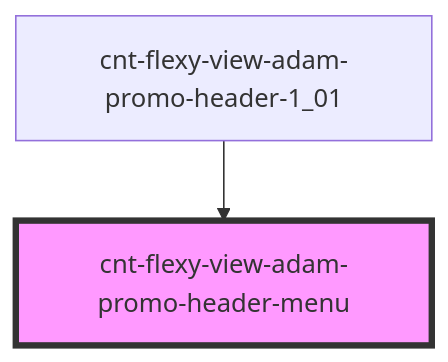
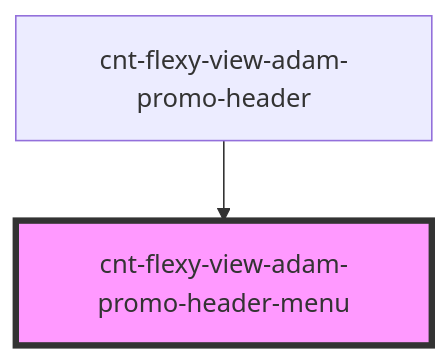
Before and after one commit to almalib/s-promo: the diagram in src/components/cnt-flexy-view-adam-promo-header-wrapper/res/view/cnt-flexy-view-adam-promo-header/res/view/cnt-flexy-view-adam-promo-header-menu/readme.md, drawn with Mermaid. The commit also changed other lines of this file and 134 other files, not shown here.

````diff
--- a/src/components/cnt-flexy-view-adam-promo-header-wrapper/res/view/cnt-flexy-view-adam-promo-header/res/view/cnt-flexy-view-adam-promo-header-menu/readme.md
+++ b/src/components/cnt-flexy-view-adam-promo-header-wrapper/res/view/cnt-flexy-view-adam-promo-header/res/view/cnt-flexy-view-adam-promo-header-menu/readme.md
@@ -22,5 +22,5 @@
 ```mermaid
 graph TD;
-  cnt-flexy-view-adam-promo-header-1_01 --> cnt-flexy-view-adam-promo-header-menu
+  cnt-flexy-view-adam-promo-header --> cnt-flexy-view-adam-promo-header-menu
   style cnt-flexy-view-adam-promo-header-menu fill:#f9f,stroke:#333,stroke-width:4px
 ```
````
